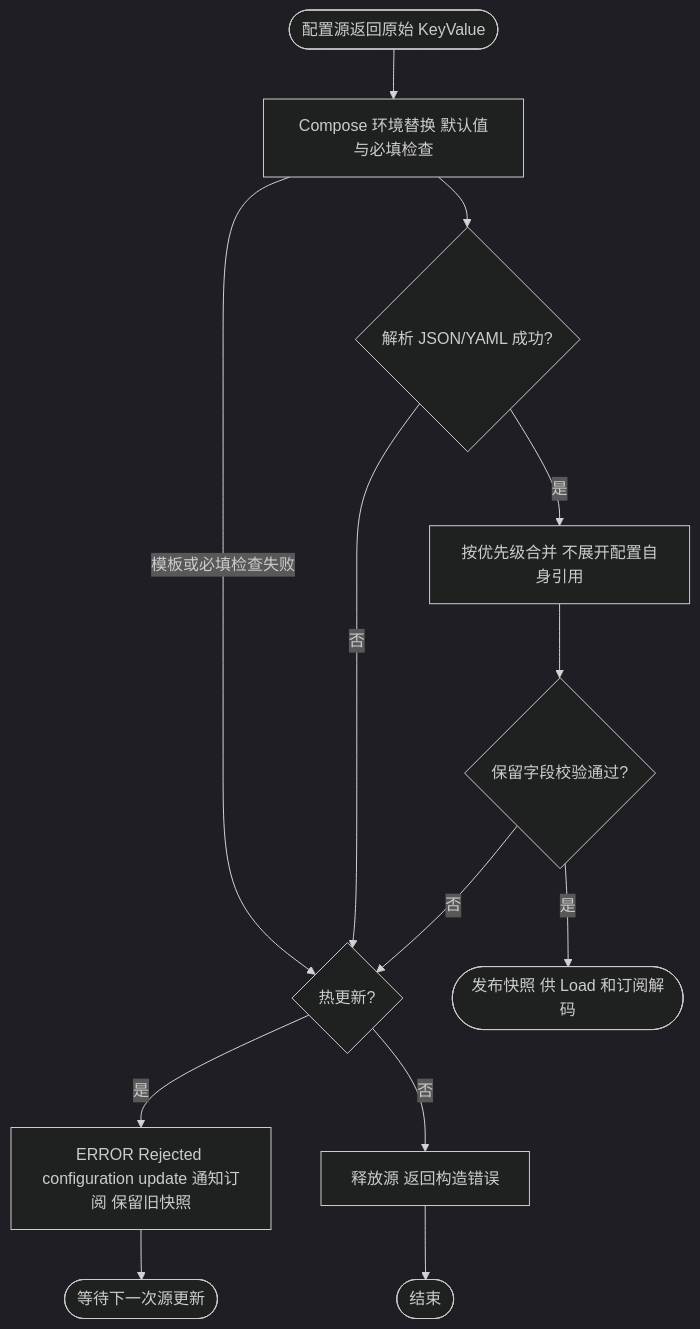
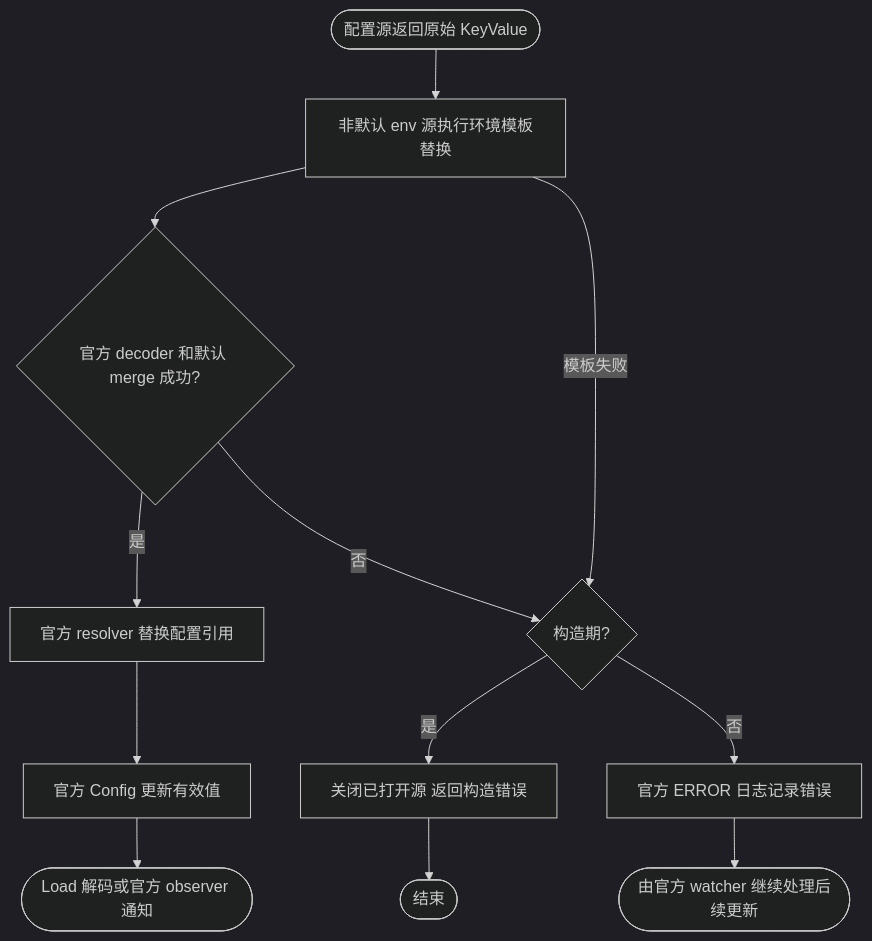
Before and after one commit to jaggerzhuang1994/kratos-foundation: the third of 7 diagrams in MIGRATION_V2.md, drawn with Mermaid (dark theme). The commit also changed other lines of this file and 290 other files, not shown here.

````diff
--- a/MIGRATION_V2.md
+++ b/MIGRATION_V2.md
@@ -222,15 +222,14 @@
 ```mermaid
 flowchart TD
-    A([配置源返回原始 KeyValue]) --> B[Compose 环境替换 默认值与必填检查]
-    B -- 模板或必填检查失败 --> I
-    B --> E{解析 JSON/YAML 成功?}
-    E -- 是 --> F[按优先级合并 不展开配置自身引用]
-    F --> G{保留字段校验通过?}
-    G -- 是 --> H([发布快照 供 Load 和订阅解码])
-    E -- 否 --> I{热更新?}
-    G -- 否 --> I
-    I -- 是 --> J[ERROR Rejected configuration update 通知订阅 保留旧快照]
-    I -- 否 --> K[释放源 返回构造错误]
-    J --> L([等待下一次源更新])
-    K --> M([结束])
+    A([配置源返回原始 KeyValue]) --> B[非默认 env 源执行环境模板替换]
+    B --> C{官方 decoder 和默认 merge 成功?}
+    B -- 模板失败 --> E
+    C -- 是 --> R[官方 resolver 替换配置引用]
+    R --> D[官方 Config 更新有效值]
+    D --> H([Load 解码或官方 observer 通知])
+    C -- 否 --> E{构造期?}
+    E -- 是 --> F[关闭已打开源 返回构造错误]
+    E -- 否 --> G[官方 ERROR 日志记录错误]
+    G --> I([由官方 watcher 继续处理后续更新])
+    F --> J([结束])
 ```
````
